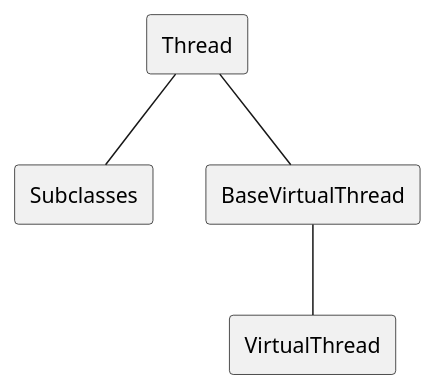
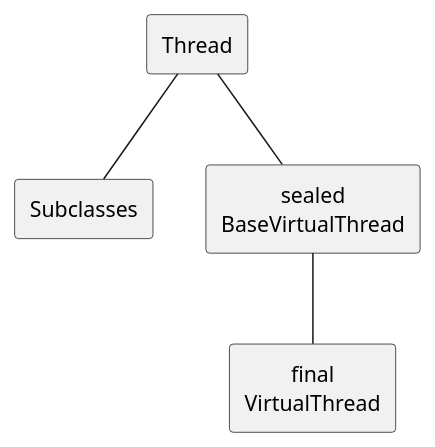
The diagram in images/diagram.puml (ti-cortex-m4/demo-java-virtual-threads2), drawn with PlantUML before and after one commit.

```diff
--- a/images/diagram.puml
+++ b/images/diagram.puml
@@ -1,13 +1,18 @@
 @startuml
+
 scale 1.1
+
+skinparam {
+    defaultTextAlignment center
+}
 
 rectangle Thread
 rectangle Subclasses
-rectangle BaseVirtualThread
-rectangle VirtualThread
+rectangle "sealed\nBaseVirtualThread" as BaseVirtualThread
+rectangle "final\nVirtualThread" as VirtualThread
 
 Thread -down- Subclasses
 Thread -down- BaseVirtualThread
 BaseVirtualThread -down- VirtualThread
 
 @enduml
```
